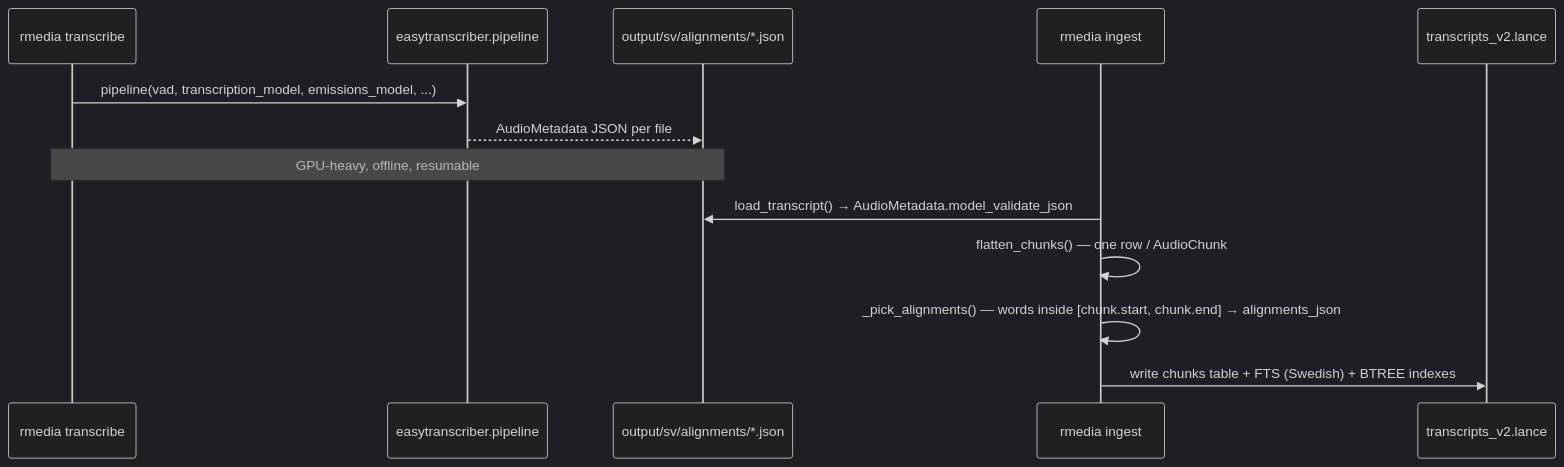
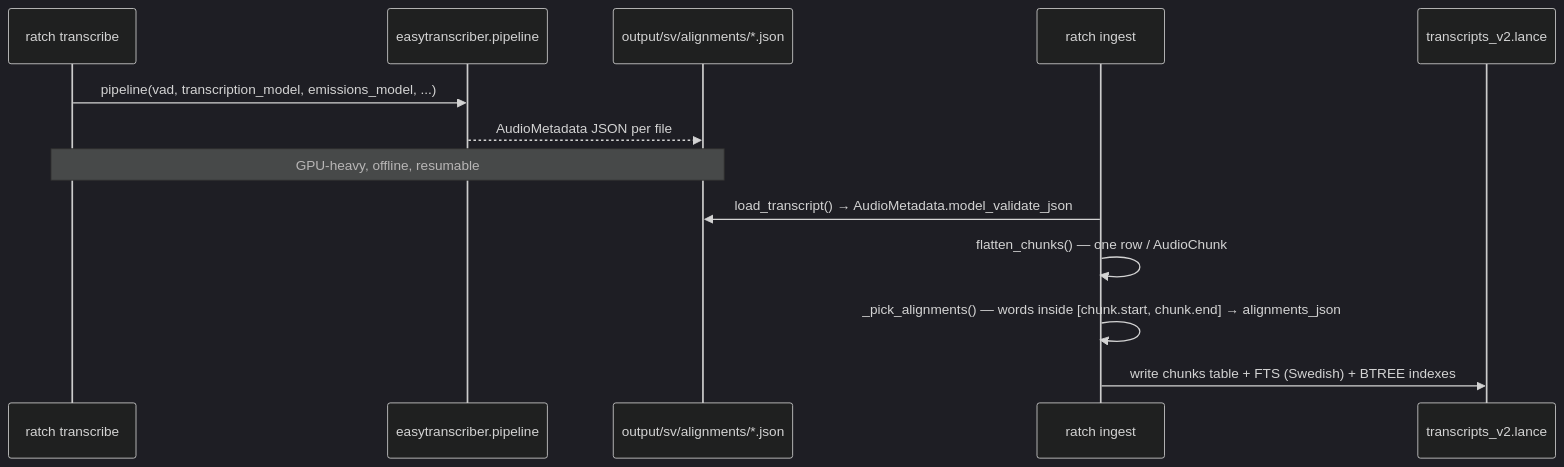
Before and after one commit to Borg93/lance-audio-demo: the fourth of 5 diagrams in docs/PIPELINE.md, drawn with Mermaid (dark theme). The commit also changed other lines of this file and 191 other files, not shown here.

````diff
--- a/docs/PIPELINE.md
+++ b/docs/PIPELINE.md
@@ -327,16 +327,16 @@
 ```mermaid
 sequenceDiagram
-    participant CLI as rmedia transcribe
+    participant CLI as ratch transcribe
     participant ET as easytranscriber.pipeline
     participant FS as output/sv/alignments/*.json
-    participant ING as rmedia ingest
+    participant ING as ratch ingest
     participant L as transcripts_v2.lance
 
     CLI->>ET: pipeline(vad, transcription_model, emissions_model, ...)
     ET-->>FS: AudioMetadata JSON per file
     Note over CLI,FS: GPU-heavy, offline, resumable
     ING->>FS: load_transcript() → AudioMetadata.model_validate_json
     ING->>ING: flatten_chunks() — one row / AudioChunk
     ING->>ING: _pick_alignments() — words inside [chunk.start, chunk.end] → alignments_json
     ING->>L: write chunks table + FTS (Swedish) + BTREE indexes
 ```
````
